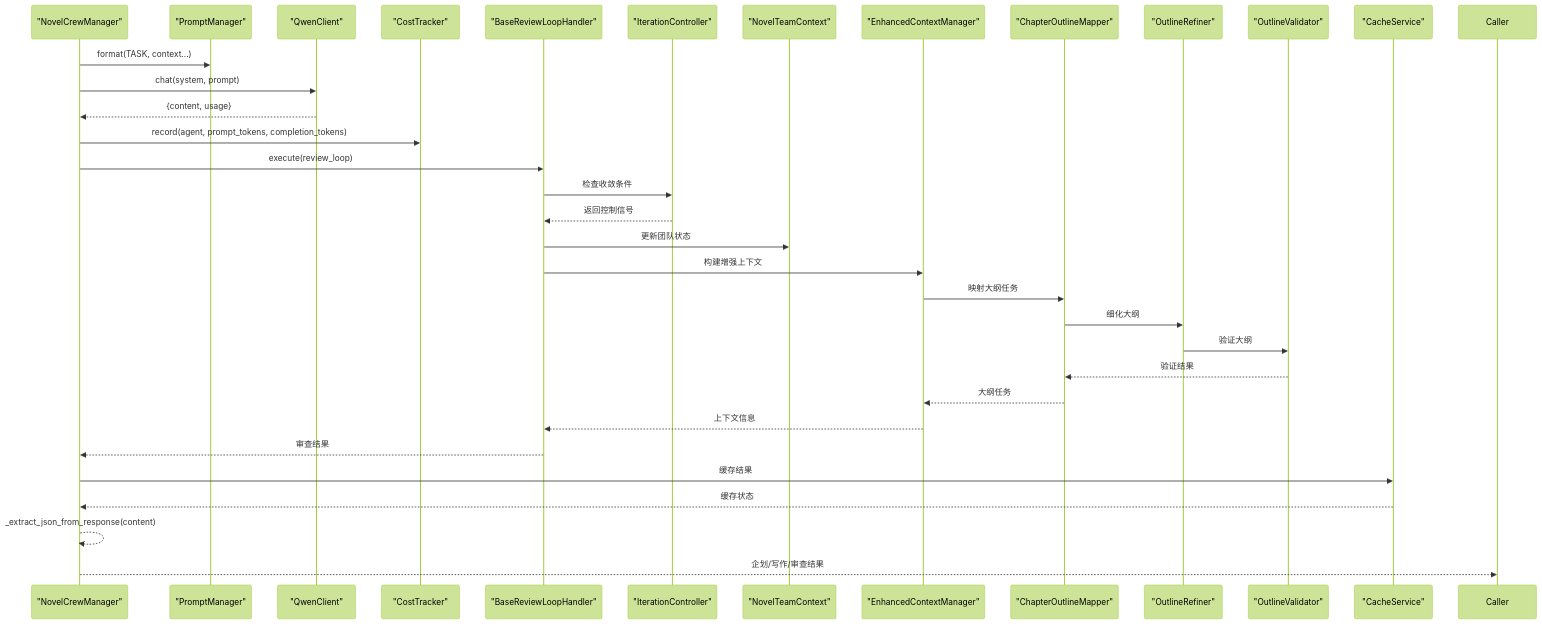
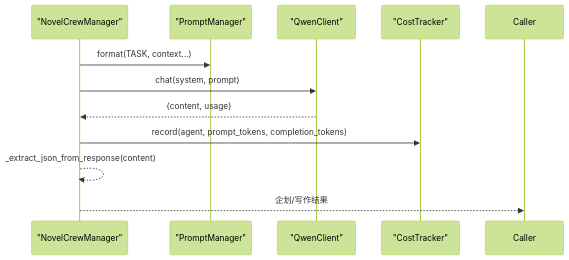
One commit to xfbyxq/ai-novel-system changed the fourth of 9 diagrams in .qoder/repowiki/zh/content/AI智能体系统/AI智能体系统.md. Above: the diagram before and after it, drawn with Mermaid (forest theme). The commit also changed other lines of this file and 38 other files, not shown here.

````diff
--- a/.qoder/repowiki/zh/content/AI智能体系统/AI智能体系统.md
+++ b/.qoder/repowiki/zh/content/AI智能体系统/AI智能体系统.md
@@ -964,35 +247,13 @@
 ```mermaid
 sequenceDiagram
 participant CM as "NovelCrewManager"
 participant PM as "PromptManager"
 participant Qwen as "QwenClient"
 participant CT as "CostTracker"
-participant BR as "BaseReviewLoopHandler"
-participant IC as "IterationController"
-participant TC as "NovelTeamContext"
-participant ECM as "EnhancedContextManager"
-participant COM as "ChapterOutlineMapper"
-participant OR as "OutlineRefiner"
-participant OV as "OutlineValidator"
-participant CS as "CacheService"
 CM->>PM : format(TASK, context...)
 CM->>Qwen : chat(system, prompt)
 Qwen-->>CM : {content, usage}
 CM->>CT : record(agent, prompt_tokens, completion_tokens)
-CM->>BR : execute(review_loop)
-BR->>IC : 检查收敛条件
-IC-->>BR : 返回控制信号
-BR->>TC : 更新团队状态
-BR->>ECM : 构建增强上下文
-ECM->>COM : 映射大纲任务
-COM->>OR : 细化大纲
-OR->>OV : 验证大纲
-OV-->>COM : 验证结果
-COM-->>ECM : 大纲任务
-ECM-->>BR : 上下文信息
-BR-->>CM : 审查结果
-CM->>CS : 缓存结果
-CS-->>CM : 缓存状态
 CM-->>CM : _extract_json_from_response(content)
-CM-->>Caller : 企划/写作/审查结果
+CM-->>Caller : 企划/写作结果
 ```
````
